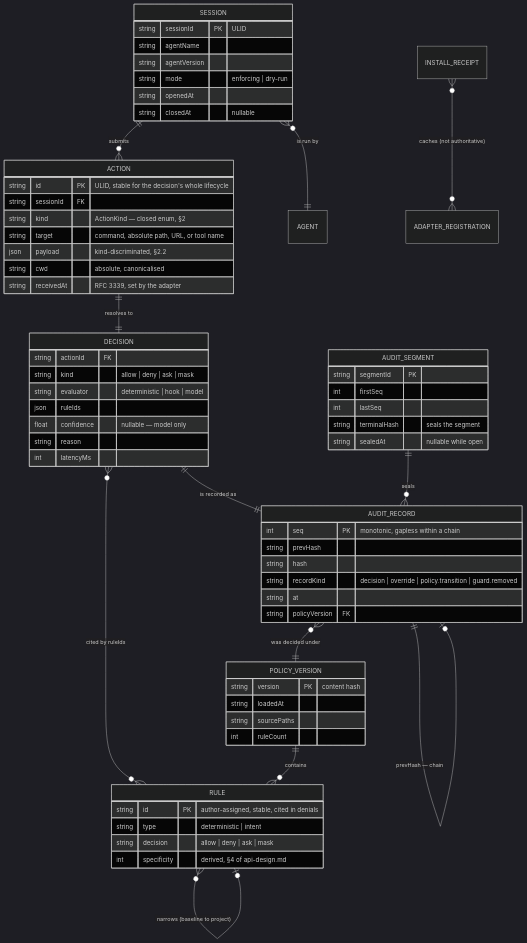
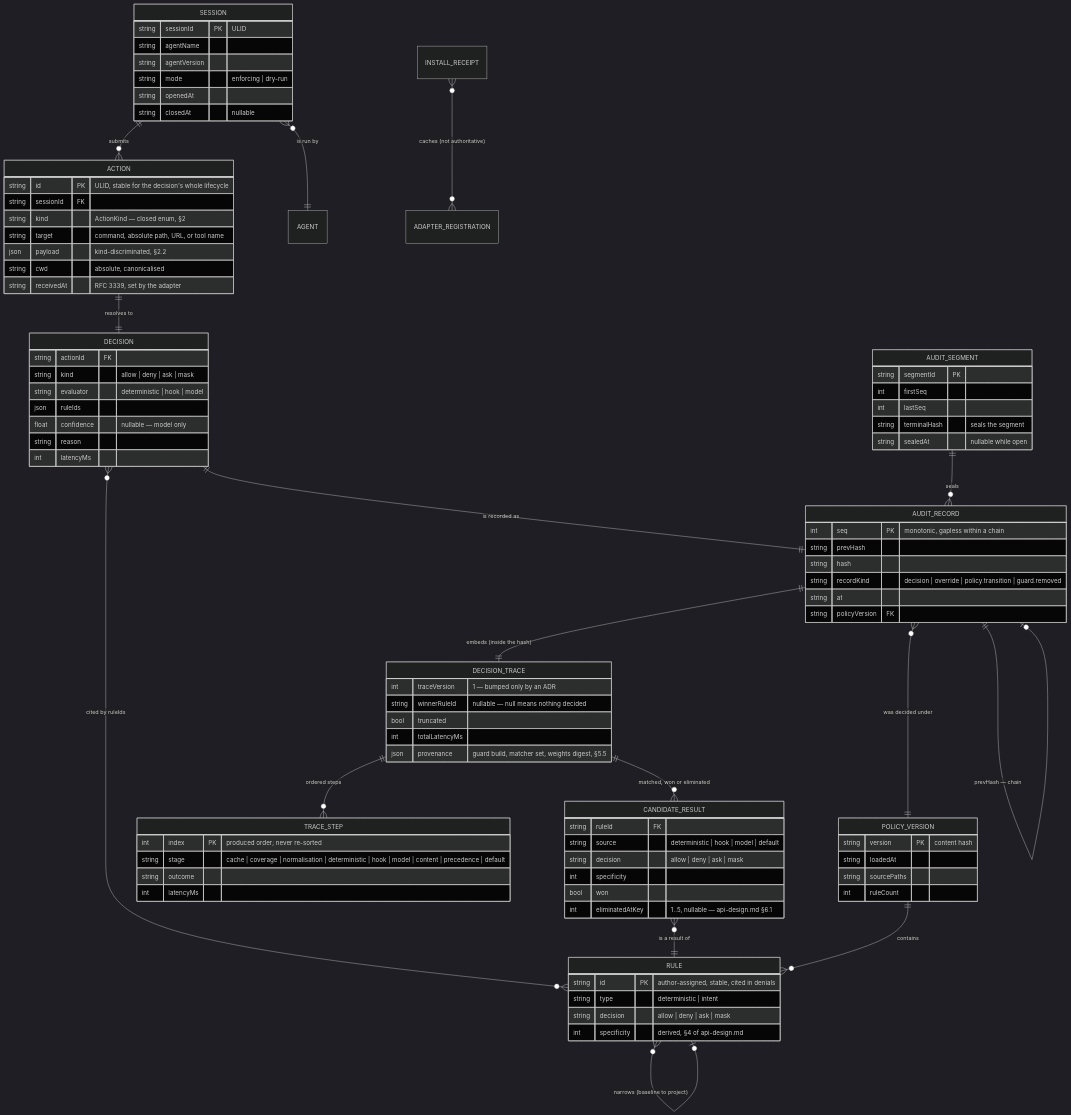
One commit to AriesNg/ai-guard-bot changed the first of 2 diagrams in docs/03-system-design/data-model.md. Above: the diagram before and after it, drawn with Mermaid (dark theme). The commit also changed other lines of this file and 13 other files, not shown here.

```diff
--- a/docs/03-system-design/data-model.md
+++ b/docs/03-system-design/data-model.md
@@ -31,6 +31,10 @@
     ACTION ||--|| DECISION : "resolves to"
     DECISION }o--o{ RULE : "cited by ruleIds"
     DECISION ||--|| AUDIT_RECORD : "is recorded as"
+    AUDIT_RECORD ||--|| DECISION_TRACE : "embeds (inside the hash)"
+    DECISION_TRACE ||--o{ TRACE_STEP : "ordered steps"
+    DECISION_TRACE ||--o{ CANDIDATE_RESULT : "matched, won or eliminated"
+    CANDIDATE_RESULT }o--|| RULE : "is a result of"
     AUDIT_RECORD }o--|| POLICY_VERSION : "was decided under"
     AUDIT_RECORD ||--o| AUDIT_RECORD : "prevHash — chain"
     POLICY_VERSION ||--o{ RULE : "contains"
@@ -84,6 +88,27 @@
         string decision "allow | deny | ask | mask"
         int specificity "derived, §4 of api-design.md"
     }
+    DECISION_TRACE {
+        int traceVersion "1 — bumped only by an ADR"
+        string winnerRuleId "nullable — null means nothing decided"
+        bool truncated
+        int totalLatencyMs
+        json provenance "guard build, matcher set, weights digest, §5.5"
+    }
+    TRACE_STEP {
+        int index PK "produced order; never re-sorted"
+        string stage "cache | coverage | normalisation | deterministic | hook | model | content | precedence | default"
+        string outcome
+        int latencyMs
+    }
+    CANDIDATE_RESULT {
+        string ruleId FK
+        string source "deterministic | hook | model | default"
+        string decision "allow | deny | ask | mask"
+        int specificity
+        bool won
+        int eliminatedAtKey "1..5, nullable — api-design.md §6.1"
+    }
     AUDIT_SEGMENT {
         string segmentId PK
         int firstSeq
```
